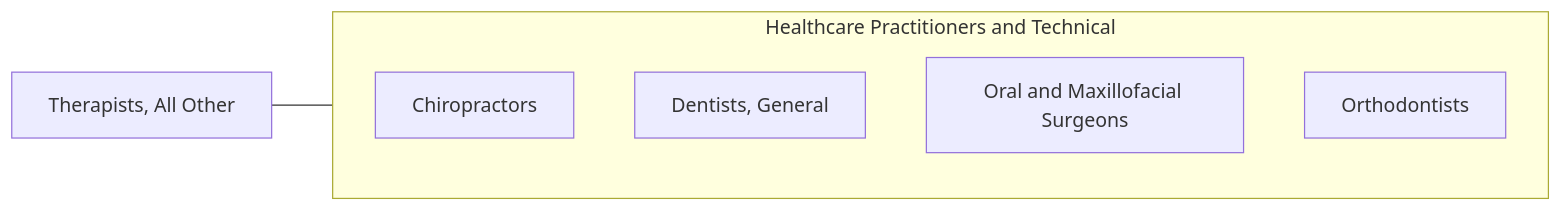
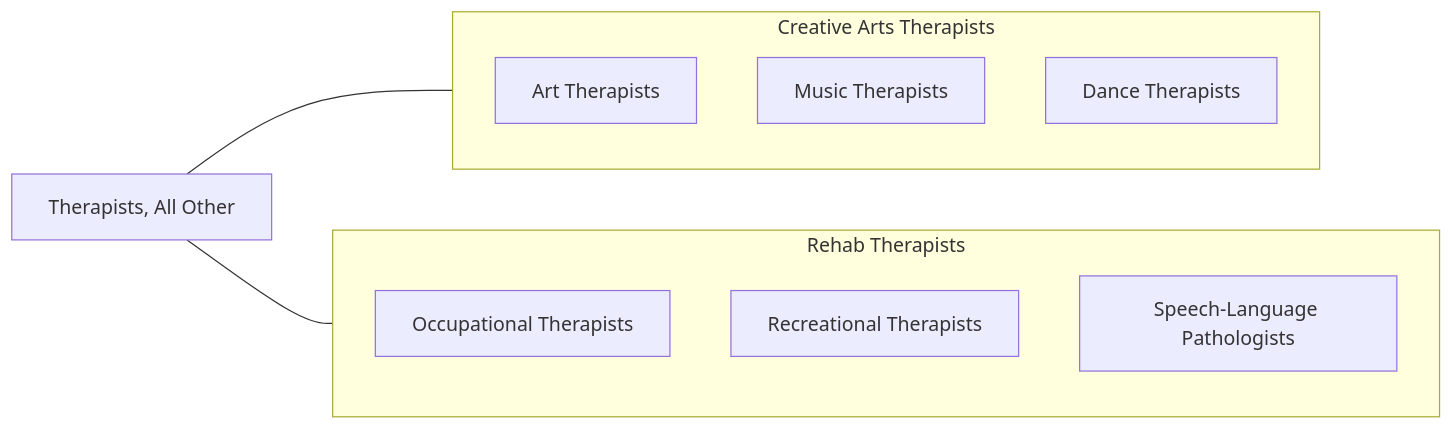
One commit to kziemski/business.org.ai changed the second of 2 diagrams in occupations/HealthcarePractitioners/Therapists.mdx. Above: the diagram before and after it, drawn with Mermaid. The commit also changed other lines of this file and 938 other files, not shown here.

````diff
--- a/occupations/HealthcarePractitioners/Therapists.mdx
+++ b/occupations/HealthcarePractitioners/Therapists.mdx
@@ -132,13 +54,19 @@
 ```mermaid
 graph LR
     Current["Therapists, All Other"]
 
-    subgraph SameCategory["Healthcare Practitioners and Technical"]
-        Chiropractors["Chiropractors"]
-        DentistsGeneral["Dentists, General"]
-        OralAndMaxillofacial["Oral and Maxillofacial Surgeons"]
-        Orthodontists["Orthodontists"]
+    subgraph CreativeArts["Creative Arts Therapists"]
+        ArtTh["Art Therapists"]
+        MusicTh["Music Therapists"]
+        DanceTh["Dance Therapists"]
     end
 
-    Current --- SameCategory
+    subgraph Rehab["Rehab Therapists"]
+        OTs["Occupational Therapists"]
+        RecTh["Recreational Therapists"]
+        SLPs["Speech-Language Pathologists"]
+    end
+
+    Current --- CreativeArts
+    Current --- Rehab
 ```
````
